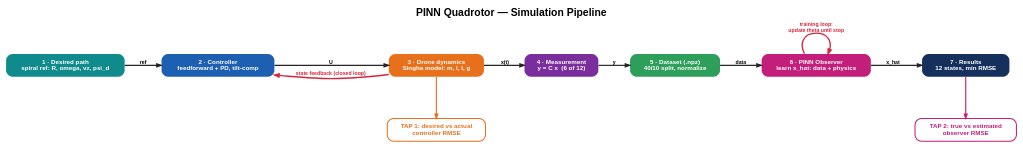
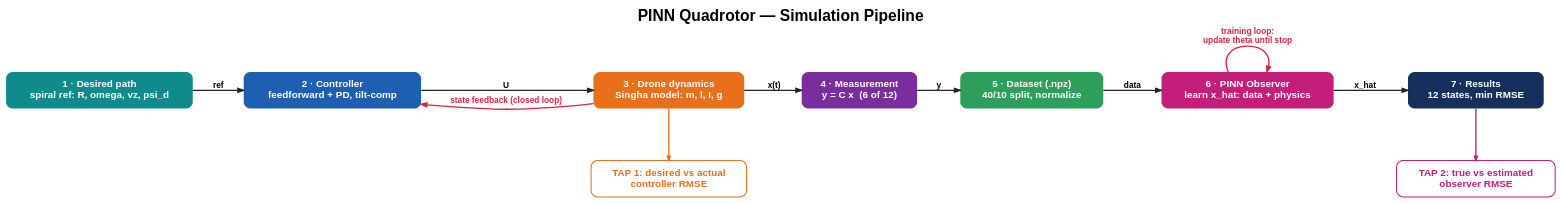
One commit to alisamsam/pinn-quadrotor-observer changed the diagram in docs/pipeline.dot. Above: the diagram before and after it, drawn with Graphviz. The commit also changed 2 other files, not shown here.

Commit message:
Graphviz pipeline: enlarge fonts (nodes, edges, taps, title)

```diff
--- a/docs/pipeline.dot
+++ b/docs/pipeline.dot
@@ -1,42 +1,42 @@
 digraph pipeline {
   rankdir=LR;
   bgcolor="white";
   labelloc="t";
-  fontname="Helvetica-Bold"; fontsize=20;
+  fontname="Helvetica-Bold"; fontsize=30;
   label="PINN Quadrotor — Simulation Pipeline";
-  nodesep=0.55; ranksep=0.75;
+  nodesep=0.7; ranksep=1.0;
 
   node [shape=box, style="filled,rounded", fontname="Helvetica-Bold",
-        fontcolor=white, fontsize=12, penwidth=0, margin="0.18,0.12"];
-  edge [fontname="Helvetica-Bold", fontsize=10, penwidth=2.2, color="#242424", arrowsize=0.9];
+        fontcolor=white, fontsize=19, penwidth=0, margin="0.28,0.20"];
+  edge [fontname="Helvetica-Bold", fontsize=16, penwidth=2.6, color="#242424", arrowsize=1.1];
 
   s1 [label="1 · Desired path\nspiral ref: R, omega, vz, psi_d", fillcolor="#0F8B8D"];
   s2 [label="2 · Controller\nfeedforward + PD, tilt-comp", fillcolor="#1D5FB0"];
   s3 [label="3 · Drone dynamics\nSingha model: m, l, I, g", fillcolor="#E8701A"];
   s4 [label="4 · Measurement\ny = C x  (6 of 12)", fillcolor="#7A2E9D"];
   s5 [label="5 · Dataset (.npz)\n40/10 split, normalize", fillcolor="#2E9E5B"];
   s6 [label="6 · PINN Observer\nlearn x_hat: data + physics", fillcolor="#C21E7A"];
   s7 [label="7 · Results\n12 states, min RMSE", fillcolor="#16305E"];
 
   s1 -> s2 [label="ref"];
   s2 -> s3 [label="U"];
   s3 -> s4 [label="x(t)"];
   s4 -> s5 [label="y"];
   s5 -> s6 [label="data"];
   s6 -> s7 [label="x_hat"];
 
   // feedback loops (red)
   s3 -> s2 [label="state feedback (closed loop)", color="#D7263D",
             fontcolor="#D7263D", constraint=false, penwidth=2.6];
   s6 -> s6 [label="training loop:\nupdate theta until stop", color="#D7263D",
             fontcolor="#D7263D", penwidth=2.6];
 
   // evaluation taps (white boxes below)
   node [style="filled,rounded", fillcolor="white", fontname="Helvetica-Bold", penwidth=2.0];
   t1 [label="TAP 1: desired vs actual\ncontroller RMSE", color="#E8701A", fontcolor="#E8701A"];
   t2 [label="TAP 2: true vs estimated\nobserver RMSE",  color="#C21E7A", fontcolor="#C21E7A"];
   s3 -> t1 [color="#E8701A", arrowsize=0.8, constraint=false];
   s7 -> t2 [color="#C21E7A", arrowsize=0.8, constraint=false];
   { rank=same; s3; t1; }
   { rank=same; s7; t2; }
 }
```
